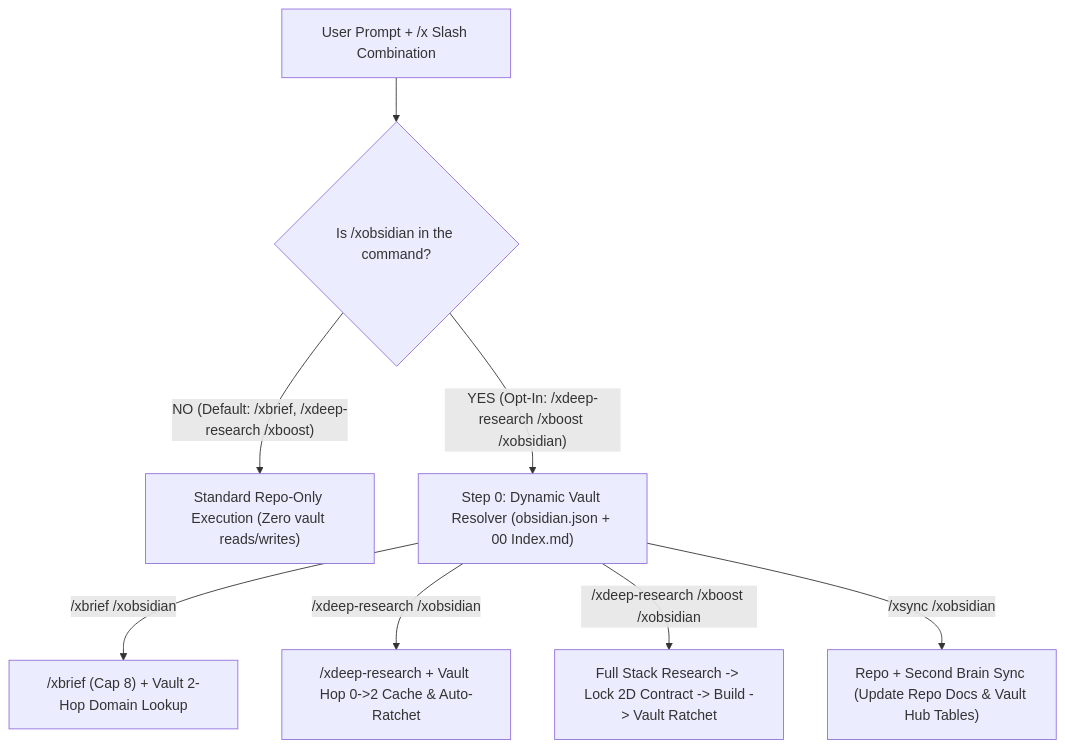
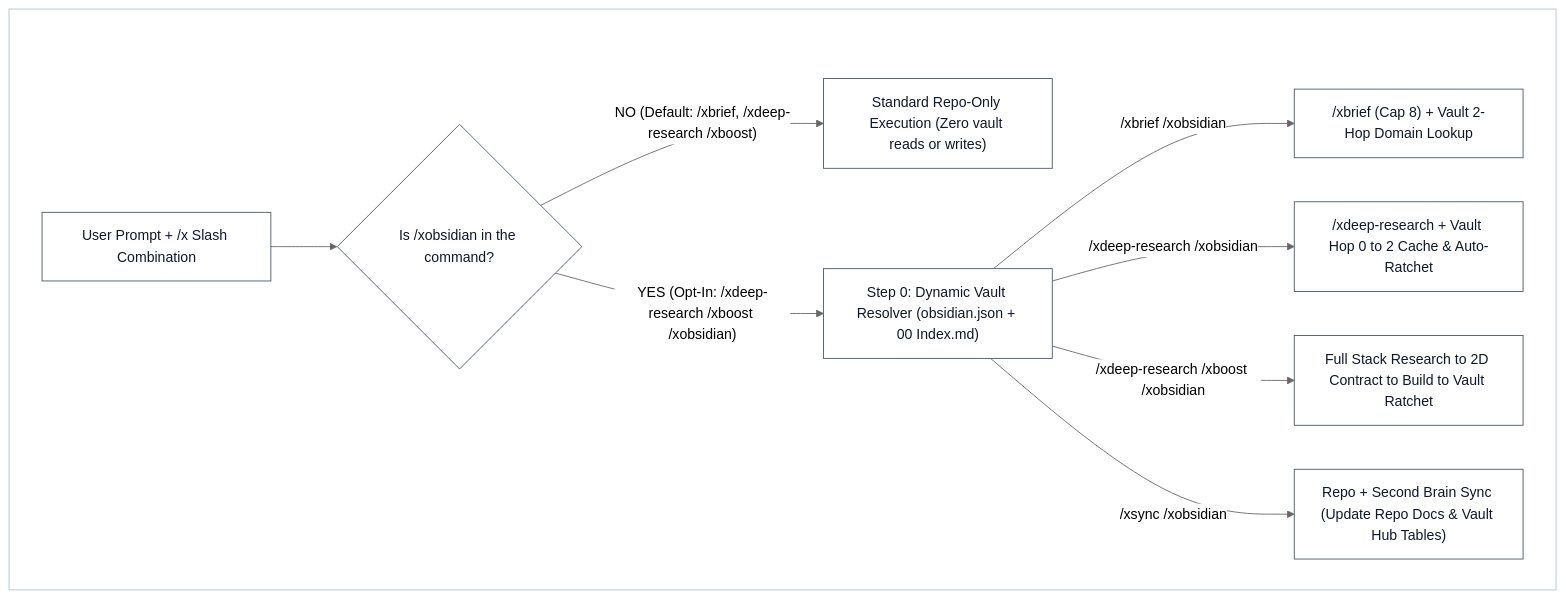
One commit to iscvlab/boostx changed the second of 2 diagrams in README.md. Above: the diagram before and after it, drawn with Mermaid. The commit also changed other lines of this file and 2 other files, not shown here.

Commit message:
docs(readme): upgrade to GitHub Publishing Protocol v1.2 & link scb-10x/typhoon-ocr PR #15

````diff
--- a/README.md
+++ b/README.md
@@ -87,10 +80,15 @@
 ```mermaid
+%%{init: {'theme': 'neutral'}}%%
 flowchart TD
-    Prompt["User Prompt + /x Slash Combination"] --> Gate{"Is /xobsidian in the command?"}
-    Gate -->|"NO (Default: /xbrief, /xdeep-research /xboost)"| NoVault["Standard Repo-Only Execution (Zero vault reads/writes)"]
-    Gate -->|"YES (Opt-In: /xdeep-research /xboost /xobsidian)"| Resolve["Step 0: Dynamic Vault Resolver (obsidian.json + 00 Index.md)"]
-    Resolve -->|"/xbrief /xobsidian"| BriefCombo["/xbrief (Cap 8) + Vault 2-Hop Domain Lookup"]
-    Resolve -->|"/xdeep-research /xobsidian"| ResCombo["/xdeep-research + Vault Hop 0->2 Cache & Auto-Ratchet"]
-    Resolve -->|"/xdeep-research /xboost /xobsidian"| BoostCombo["Full Stack Research -> Lock 2D Contract -> Build -> Vault Ratchet"]
-    Resolve -->|"/xsync /xobsidian"| SyncCombo["Repo + Second Brain Sync (Update Repo Docs & Vault Hub Tables)"]
+    subgraph Canvas [" "]
+        Prompt["User Prompt + /x Slash Combination"] --> Gate{"Is /xobsidian in the command?"}
+        Gate -->|"NO (Default: /xbrief, /xdeep-research /xboost)"| NoVault["Standard Repo-Only Execution (Zero vault reads or writes)"]
+        Gate -->|"YES (Opt-In: /xdeep-research /xboost /xobsidian)"| Resolve["Step 0: Dynamic Vault Resolver (obsidian.json + 00 Index.md)"]
+        Resolve -->|"/xbrief /xobsidian"| BriefCombo["/xbrief (Cap 8) + Vault 2-Hop Domain Lookup"]
+        Resolve -->|"/xdeep-research /xobsidian"| ResCombo["/xdeep-research + Vault Hop 0 to 2 Cache & Auto-Ratchet"]
+        Resolve -->|"/xdeep-research /xboost /xobsidian"| BoostCombo["Full Stack Research to 2D Contract to Build to Vault Ratchet"]
+        Resolve -->|"/xsync /xobsidian"| SyncCombo["Repo + Second Brain Sync (Update Repo Docs & Vault Hub Tables)"]
+    end
+    classDef default fill:#ffffff,stroke:#475569,color:#0f172a,stroke-width:1px
+    style Canvas fill:#ffffff,stroke:#cbd5e1,stroke-width:1.5px,color:#0f172a
 ```
````
